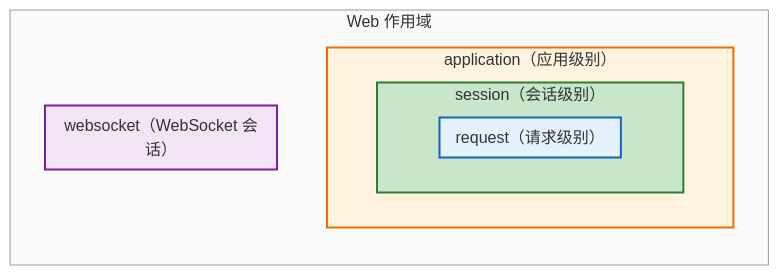
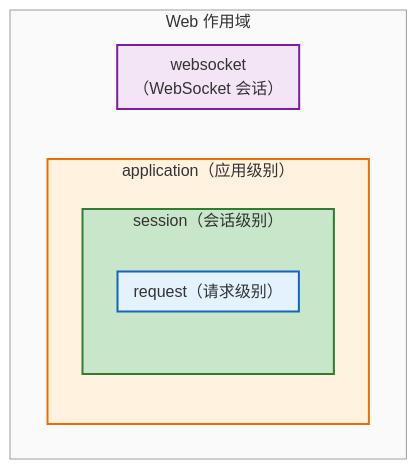
The third of 6 diagrams in Spring Bean 作用域详解.md (watslab/interview_doc), drawn with Mermaid before and after one commit. The commit also changed other lines of this file, not shown here.

Commit message:
更新技术文档 - Spring Bean 作用域详解.md：将 Scoped Proxy 图表改为序列图

````diff
--- a/Spring Bean 作用域详解.md
+++ b/Spring Bean 作用域详解.md
@@ -81,20 +81,19 @@
 ```mermaid
 flowchart TB
     subgraph WebScopes["Web 作用域"]
-        direction TB
         subgraph Application["application（应用级别）"]
             subgraph Session["session（会话级别）"]
                 subgraph Request["request（请求级别）"]
                 end
             end
         end
-        subgraph WebSocket["websocket（WebSocket 会话）"]
+        subgraph WebSocket["websocket\n（WebSocket 会话）"]
         end
     end
     
     style WebScopes fill:#fafafa,stroke:#9e9e9e,stroke-width:1px
     style Application fill:#fff3e0,stroke:#ef6c00,stroke-width:2px
     style Session fill:#c8e6c9,stroke:#2e7d32,stroke-width:2px
     style Request fill:#e3f2fd,stroke:#1565c0,stroke-width:2px
     style WebSocket fill:#f3e5f5,stroke:#7b1fa2,stroke-width:2px
 ```
````
